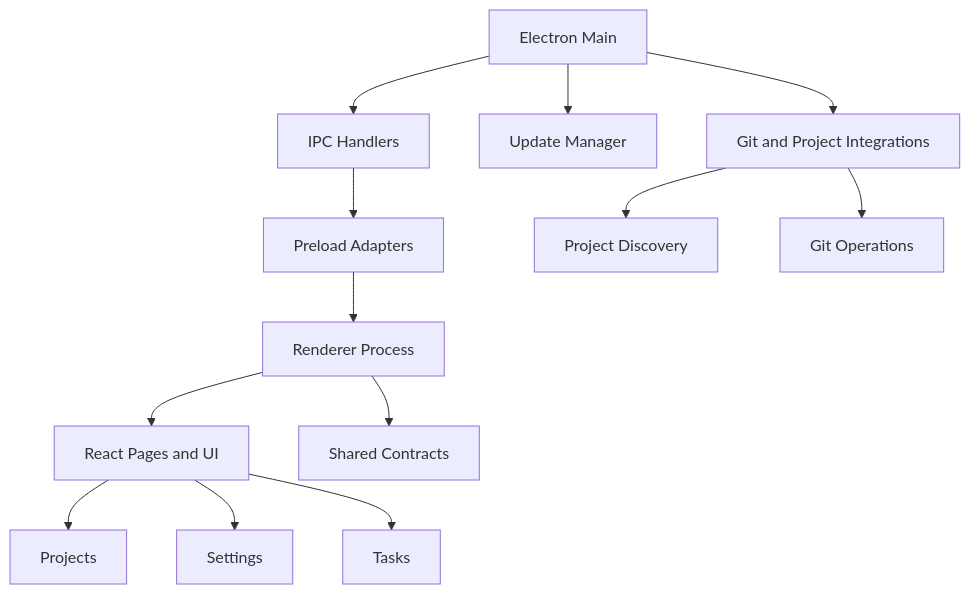
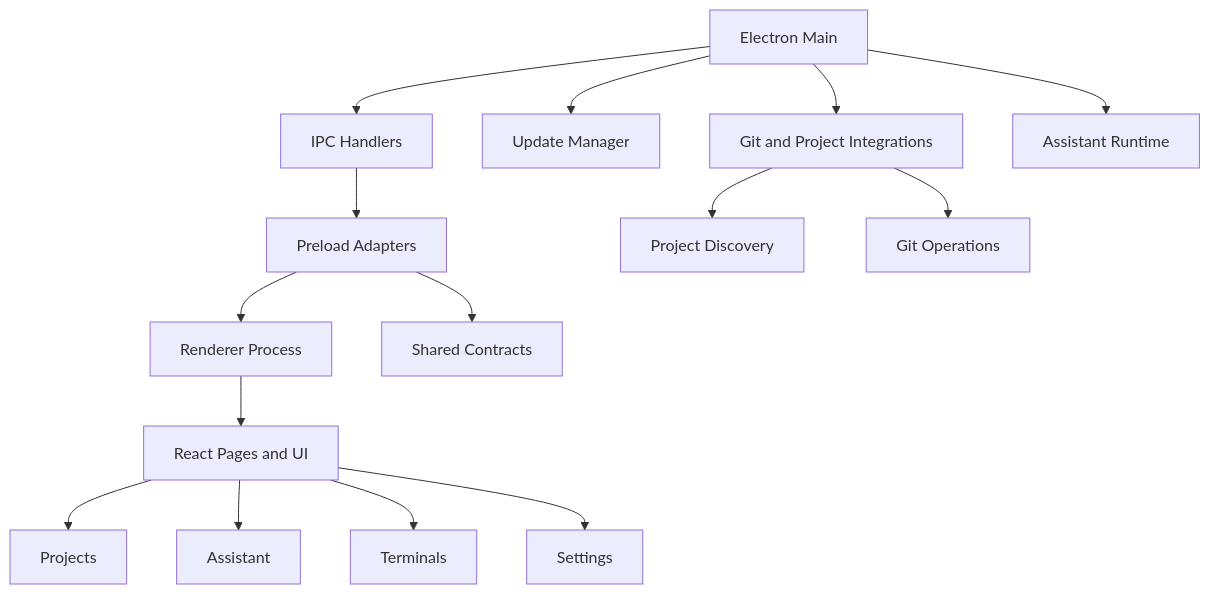
One commit to justelson/dev_scope changed the second of 2 diagrams in README.md. Above: the diagram before and after it, drawn with Mermaid. The commit also changed other lines of this file and 5 other files, not shown here.

````diff
--- a/README.md
+++ b/README.md
@@ -153,15 +156,17 @@
 ```mermaid
 graph TD
     A[Electron Main] --> B[IPC Handlers]
     A --> C[Update Manager]
     A --> D[Git and Project Integrations]
-    B --> E[Preload Adapters]
-    E --> F[Renderer Process]
-    F --> G[React Pages and UI]
-    G --> H[Projects]
-    G --> I[Settings]
-    G --> J[Tasks]
-    D --> K[Project Discovery]
-    D --> L[Git Operations]
-    F --> M[Shared Contracts]
+    A --> E[Assistant Runtime]
+    B --> F[Preload Adapters]
+    F --> G[Renderer Process]
+    G --> H[React Pages and UI]
+    H --> I[Projects]
+    H --> J[Assistant]
+    H --> K[Terminals]
+    H --> L[Settings]
+    D --> M[Project Discovery]
+    D --> N[Git Operations]
+    F --> O[Shared Contracts]
 ```
````
